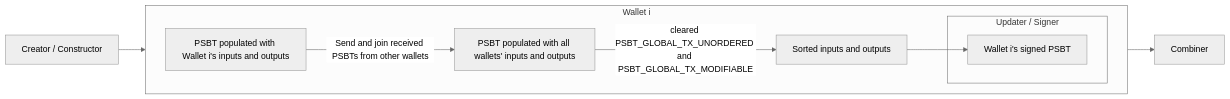
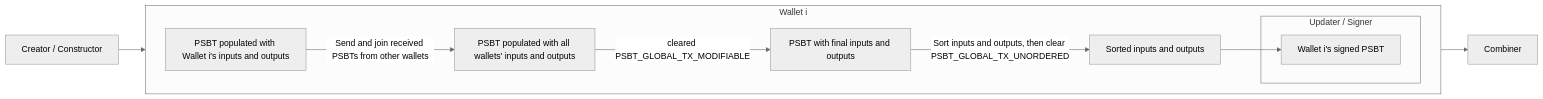
Before and after one commit to fungi-protocol/docs: the diagram in psbt-concurrent.md, drawn with Mermaid (neutral theme). The commit also changed other lines of this file, not shown here.

Commit message:
fixup: make sorting an explicit step in example protocol
Clearing PSBT_GLOBAL_TX_MODIFIABLE is independent of sorting.

````diff
--- a/psbt-concurrent.md
+++ b/psbt-concurrent.md
@@ -57,18 +57,19 @@
 ```mermaid
 flowchart LR
     CC[Creator / Constructor] --> Pop
 
     subgraph Wi ["Wallet i"]
         direction LR
         Pop[PSBT populated with Wallet i's inputs and outputs]
         Pop -->|Send and join received PSBTs from other wallets| Join[PSBT populated with all wallets' inputs and outputs]
-        Join -->|cleared PSBT_GLOBAL_TX_UNORDERED and PSBT_GLOBAL_TX_MODIFIABLE| Clear[Sorted inputs and outputs]
+        Join -->|cleared PSBT_GLOBAL_TX_MODIFIABLE| Final[PSBT with final inputs and outputs]
+        Final -->|Sort inputs and outputs, then clear PSBT_GLOBAL_TX_UNORDERED| Clear[Sorted inputs and outputs]
         subgraph us ["Updater / Signer"]
             SIG[Wallet i's signed PSBT]
         end
         Clear --> SIG
     end
 
     SIG --> OUT[Combiner]
 
 ```
````
